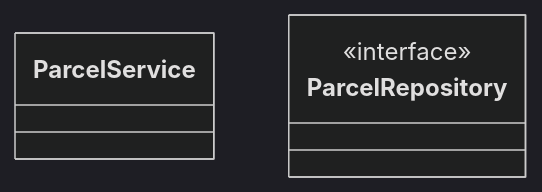
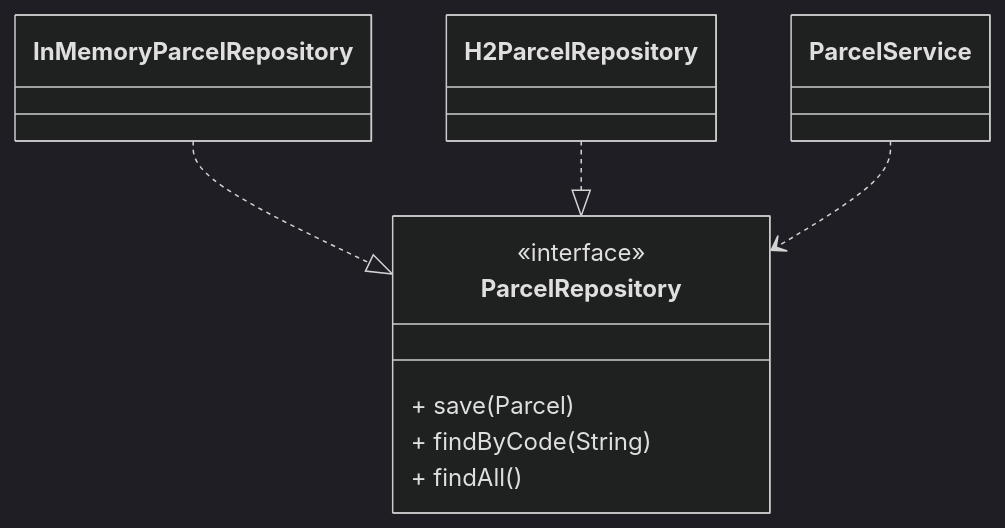
The second of 3 diagrams in LAB_REPORT.md (H4TEU/itcs382-h2-lab), drawn with Mermaid (dark theme) before and after one commit. The commit also changed other lines of this file, not shown here.

````diff
--- a/LAB_REPORT.md
+++ b/LAB_REPORT.md
@@ -106,7 +112,16 @@
 ```mermaid
 classDiagram
     class ParcelService
     class ParcelRepository {
         <<interface>>
+        + save(Parcel)
+        + findByCode(String)
+        + findAll()
     }
+    class InMemoryParcelRepository
+    class H2ParcelRepository
+
+    InMemoryParcelRepository ..|> ParcelRepository
+    H2ParcelRepository ..|> ParcelRepository
+    ParcelService ..> ParcelRepository
 ```
````
